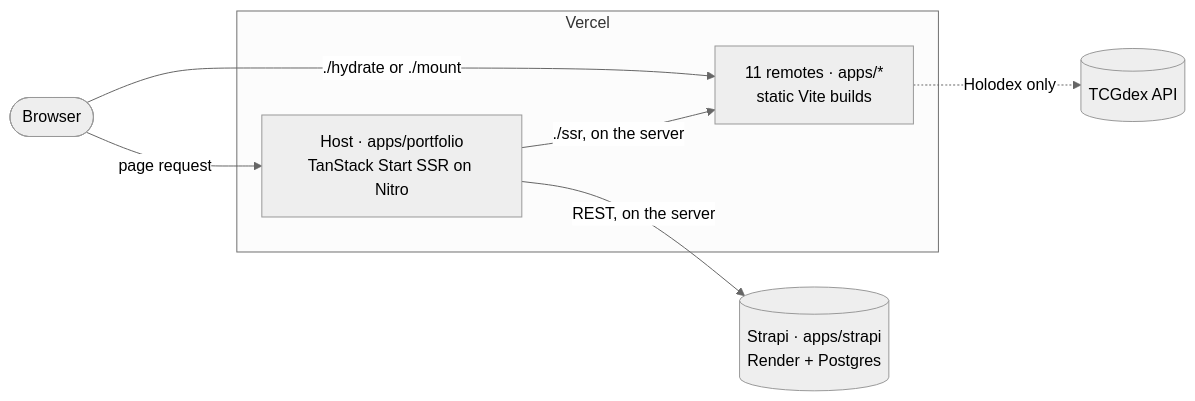
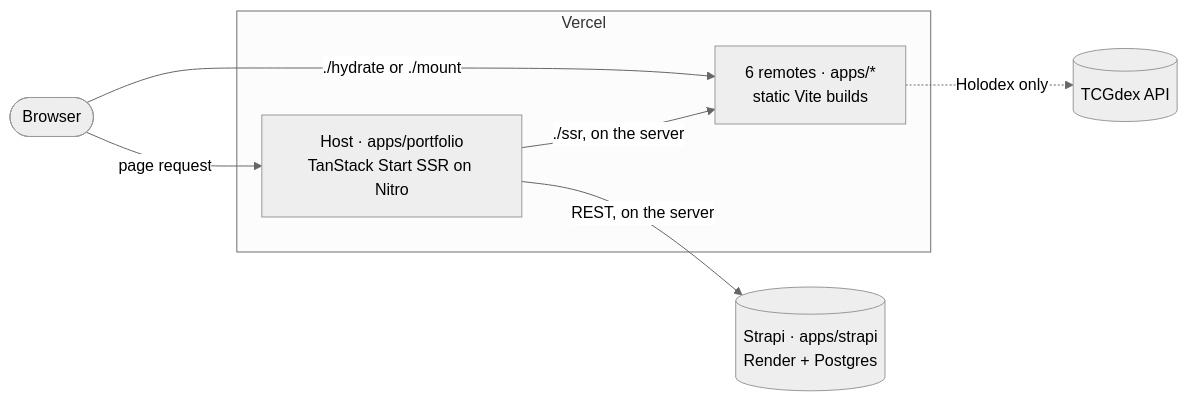
The diagram in README.md (annminn104/ncam.dev), drawn with Mermaid (neutral theme) before and after one commit. The commit also changed other lines of this file and 231 other files, not shown here.

````diff
--- a/README.md
+++ b/README.md
@@ -113,16 +84,16 @@
 ```mermaid
 flowchart LR
   browser([Browser])
   subgraph vercel [Vercel]
     host["Host · apps/portfolio<br/>TanStack Start SSR on Nitro"]
-    remotes["11 remotes · apps/*<br/>static Vite builds"]
+    remotes["6 remotes · apps/*<br/>static Vite builds"]
   end
   cms[("Strapi · apps/strapi<br/>Render + Postgres")]
   tcgdex[("TCGdex API")]
 
   browser -->|"page request"| host
   host -->|"./ssr, on the server"| remotes
   browser -->|"./hydrate or ./mount"| remotes
   host -->|"REST, on the server"| cms
   remotes -.->|"Holodex only"| tcgdex
 ```
````
